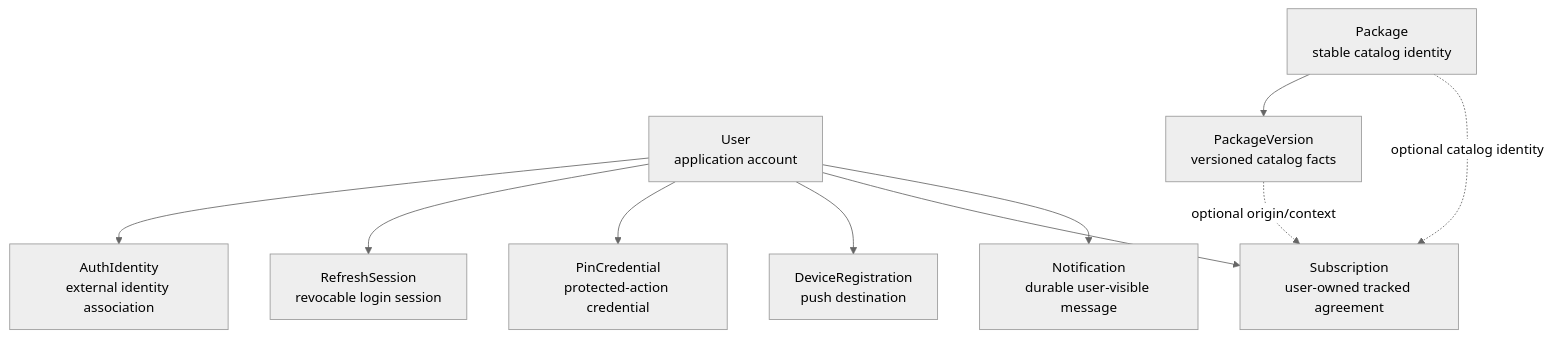
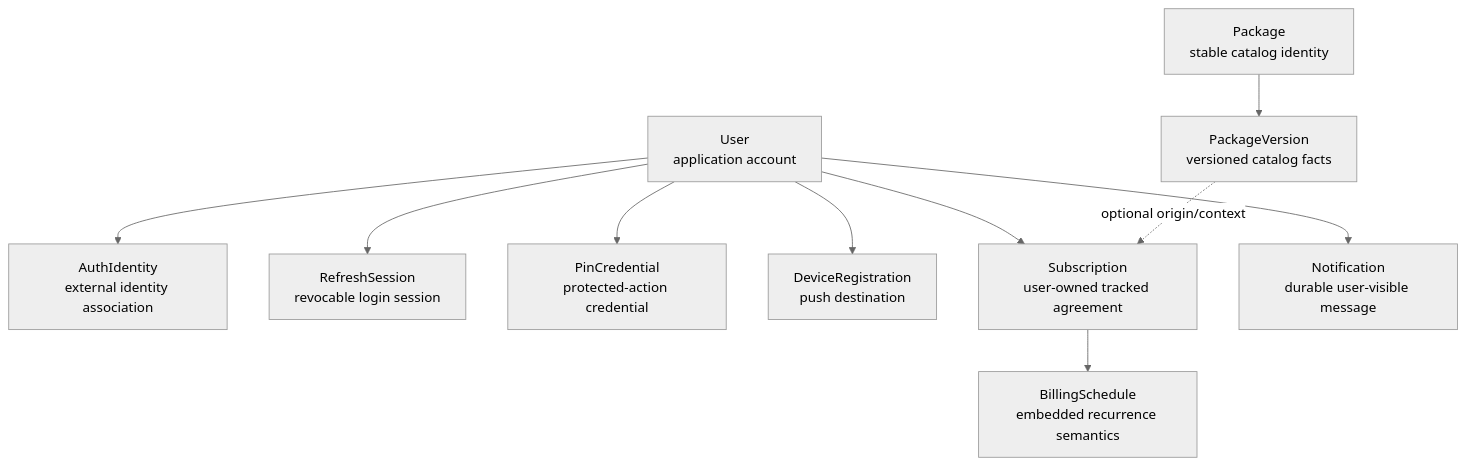
One commit to nawaphonST1/subscription_track changed the first of 3 diagrams in doc/backend/domain_model_v1.md. Above: the diagram before and after it, drawn with Mermaid (neutral theme). The commit also changed other lines of this file and 3 other files, not shown here.

````diff
--- a/doc/backend/domain_model_v1.md
+++ b/doc/backend/domain_model_v1.md
@@ -82,22 +82,23 @@
 ```mermaid
 flowchart TB
     User["User<br/>application account"]
     Auth["AuthIdentity<br/>external identity association"]
     Session["RefreshSession<br/>revocable login session"]
     Pin["PinCredential<br/>protected-action credential"]
     Device["DeviceRegistration<br/>push destination"]
     Sub["Subscription<br/>user-owned tracked agreement"]
+    Schedule["BillingSchedule<br/>embedded recurrence semantics"]
     Notification["Notification<br/>durable user-visible message"]
     Package["Package<br/>stable catalog identity"]
     Version["PackageVersion<br/>versioned catalog facts"]
 
     User --> Auth
     User --> Session
     User --> Pin
     User --> Device
     User --> Sub
+    Sub --> Schedule
     User --> Notification
     Package --> Version
     Version -. "optional origin/context" .-> Sub
-    Package -. "optional catalog identity" .-> Sub
 ```
````
